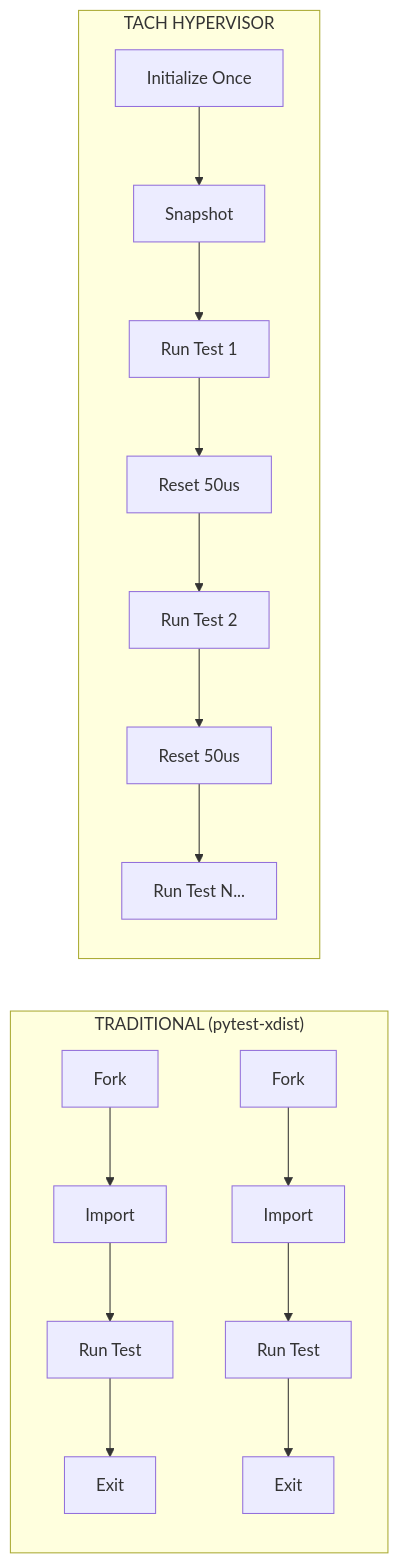
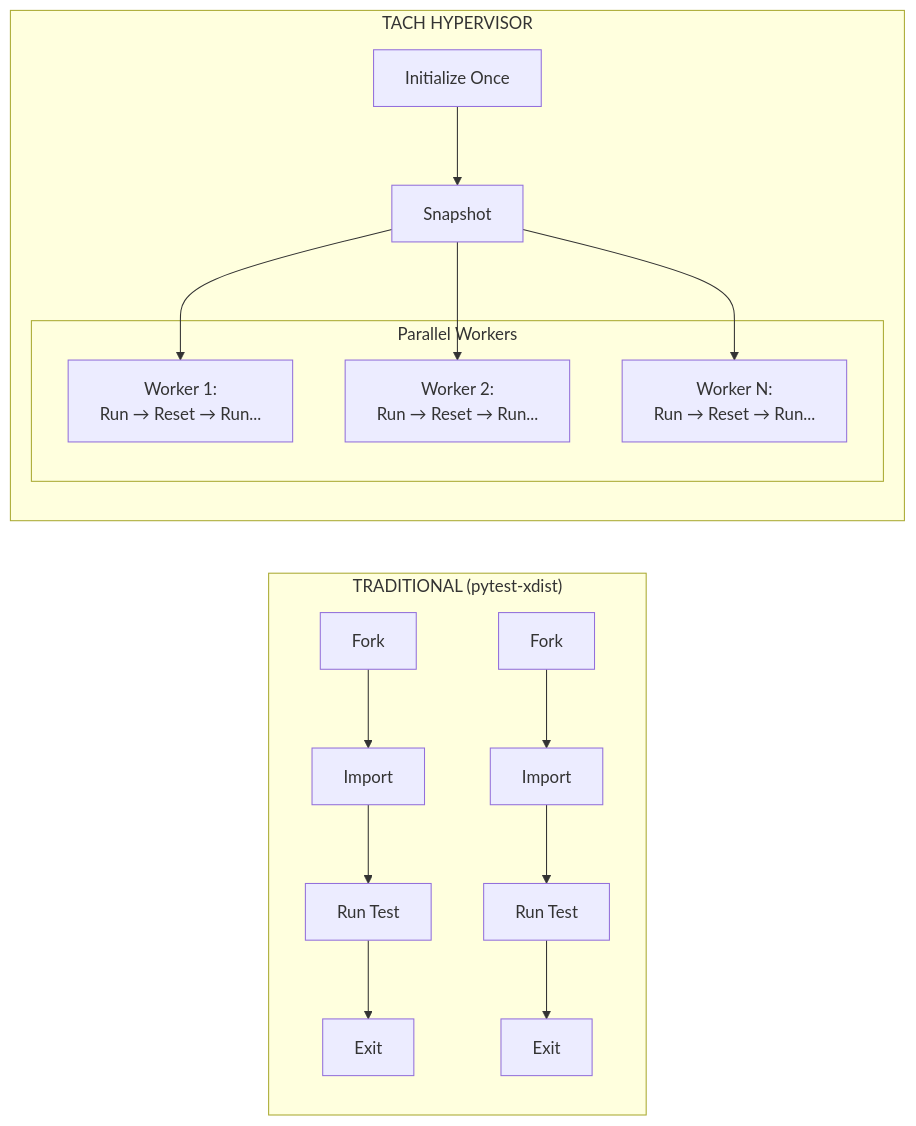
The first of 2 diagrams in README.md (NikkeTryHard/tach-core), drawn with Mermaid before and after one commit.

Commit message:
docs: update README diagram to show parallel workers
The previous diagram showed a linear flow which could be misinterpreted
as single-threaded execution. Updated to clearly show multiple parallel
workers each running the Run → Reset → Run cycle concurrently.

🤖 Generated with [Claude Code](https://claude.com/claude-code)

````diff
--- a/README.md
+++ b/README.md
@@ -37,16 +37,19 @@
 ```mermaid
 flowchart LR
     subgraph Traditional["TRADITIONAL (pytest-xdist)"]
+        direction TB
         T1[Fork] --> T2[Import] --> T3[Run Test] --> T4[Exit]
         T5[Fork] --> T6[Import] --> T7[Run Test] --> T8[Exit]
     end
 
     subgraph Tach["TACH HYPERVISOR"]
+        direction TB
         Z1[Initialize Once] --> Z2[Snapshot]
-        Z2 --> Z3[Run Test 1]
-        Z3 --> Z4[Reset 50us]
-        Z4 --> Z5[Run Test 2]
-        Z5 --> Z6[Reset 50us]
-        Z6 --> Z7[Run Test N...]
+        Z2 --> W1 & W2 & WN
+        subgraph Workers["Parallel Workers"]
+            W1["Worker 1:<br/>Run → Reset → Run..."]
+            W2["Worker 2:<br/>Run → Reset → Run..."]
+            WN["Worker N:<br/>Run → Reset → Run..."]
+        end
     end
 ```
````
